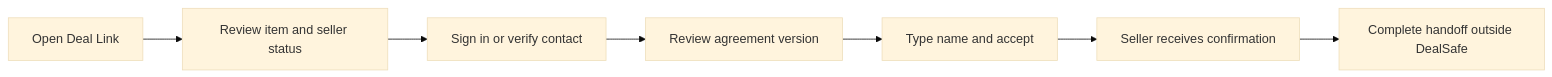
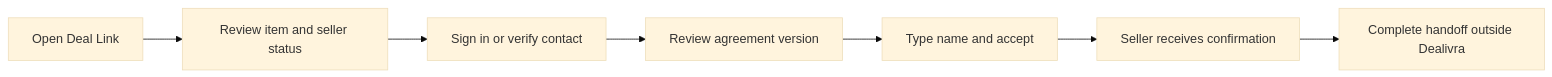
The second of 3 diagrams in PROJECT_BRIEF.md (nikamelikishvili-hue/dealsafe-mvp), drawn with Mermaid (base theme) before and after one commit. The commit also changed other lines of this file and 38 other files, not shown here.

First line of the commit message:
Rebrand DealSafe as Dealivra (#26)

````diff
--- a/PROJECT_BRIEF.md
+++ b/PROJECT_BRIEF.md
@@ -50,9 +50,9 @@
 ```mermaid
 flowchart LR
   A[Open Deal Link] --> B[Review item and seller status]
   B --> C[Sign in or verify contact]
   C --> D[Review agreement version]
   D --> E[Type name and accept]
   E --> F[Seller receives confirmation]
-  F --> G[Complete handoff outside DealSafe]
+  F --> G[Complete handoff outside Dealivra]
 ```
````
